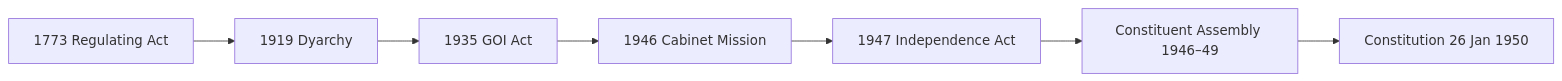
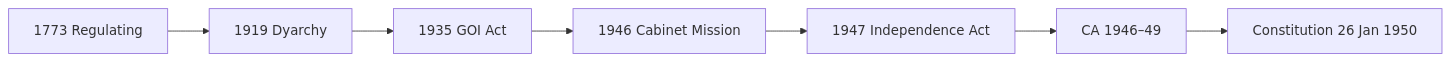
One commit to nitishpratap/UP-PCS changed the first of 2 diagrams in mains-pyqs/GS-2/Polity_Constitution/01_Constitution_Evolution_Features_Basic_Structure.md. Above: the diagram before and after it, drawn with Mermaid. The commit also changed other lines of this file and 1 other file, not shown here.

````diff
--- a/mains-pyqs/GS-2/Polity_Constitution/01_Constitution_Evolution_Features_Basic_Structure.md
+++ b/mains-pyqs/GS-2/Polity_Constitution/01_Constitution_Evolution_Features_Basic_Structure.md
@@ -131,9 +298,9 @@
 ```mermaid
 flowchart LR
-  A[1773 Regulating Act] --> B[1919 Dyarchy]
+  A[1773 Regulating] --> B[1919 Dyarchy]
   B --> C[1935 GOI Act]
   C --> D[1946 Cabinet Mission]
   D --> E[1947 Independence Act]
-  E --> F[Constituent Assembly 1946–49]
+  E --> F[CA 1946–49]
   F --> G[Constitution 26 Jan 1950]
 ```
````
